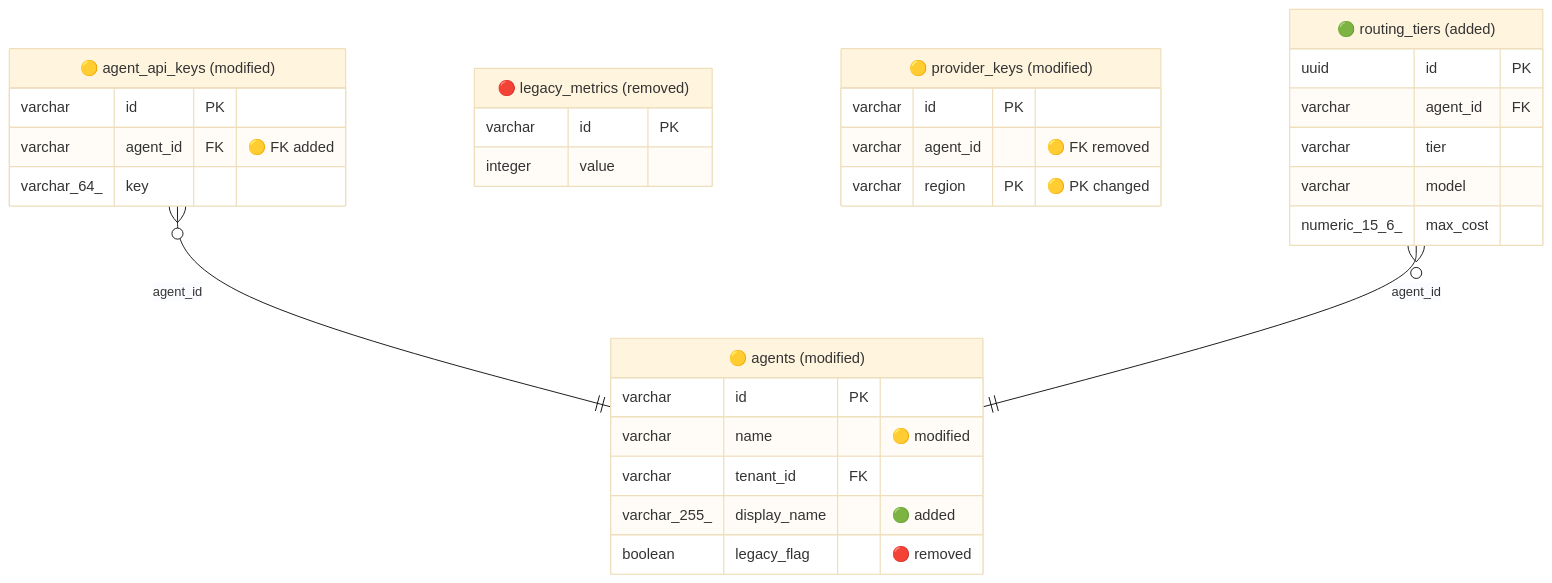
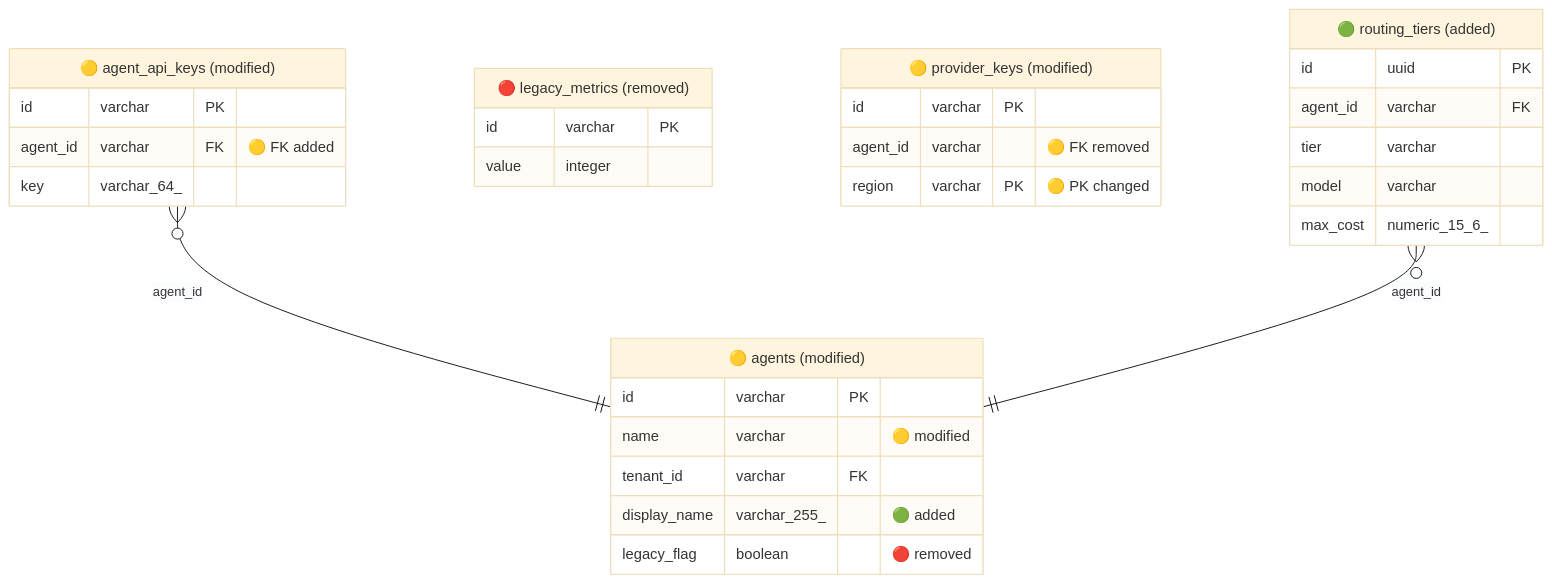
One commit to Francespo/manifest changed the diagram in .github/scripts/db-diagram/__fixtures__/expected-comment.md. Above: the diagram before and after it, drawn with Mermaid (base theme). The commit also changed 1 other file, not shown here.

Commit message:
ci: show column name before type in schema diagram
The DB schema-diagram PR comment listed each column as `type name`,
which reads backwards from SQL DDL and from the detailed list below it.
Emit `name type` so the column name comes first and is easier to scan.
PK/FK badges and inline change annotations are unchanged.

````diff
--- a/.github/scripts/db-diagram/__fixtures__/expected-comment.md
+++ b/.github/scripts/db-diagram/__fixtures__/expected-comment.md
@@ -19,33 +19,33 @@
 ```mermaid
 erDiagram
     agent_api_keys["🟡 agent_api_keys (modified)"] {
-        varchar id PK
-        varchar agent_id FK "🟡 FK added"
-        varchar_64_ key
+        id varchar PK
+        agent_id varchar FK "🟡 FK added"
+        key varchar_64_
     }
     agents["🟡 agents (modified)"] {
-        varchar id PK
-        varchar name "🟡 modified"
-        varchar tenant_id FK
-        varchar_255_ display_name "🟢 added"
-        boolean legacy_flag "🔴 removed"
+        id varchar PK
+        name varchar "🟡 modified"
+        tenant_id varchar FK
+        display_name varchar_255_ "🟢 added"
+        legacy_flag boolean "🔴 removed"
     }
     legacy_metrics["🔴 legacy_metrics (removed)"] {
-        varchar id PK
-        integer value
+        id varchar PK
+        value integer
     }
     provider_keys["🟡 provider_keys (modified)"] {
-        varchar id PK
-        varchar agent_id "🟡 FK removed"
-        varchar region PK "🟡 PK changed"
+        id varchar PK
+        agent_id varchar "🟡 FK removed"
+        region varchar PK "🟡 PK changed"
     }
     routing_tiers["🟢 routing_tiers (added)"] {
-        uuid id PK
-        varchar agent_id FK
-        varchar tier
-        varchar model
-        numeric_15_6_ max_cost
+        id uuid PK
+        agent_id varchar FK
+        tier varchar
+        model varchar
+        max_cost numeric_15_6_
     }
     agent_api_keys }o--|| agents : "agent_id"
     routing_tiers }o--|| agents : "agent_id"
 ```
````
